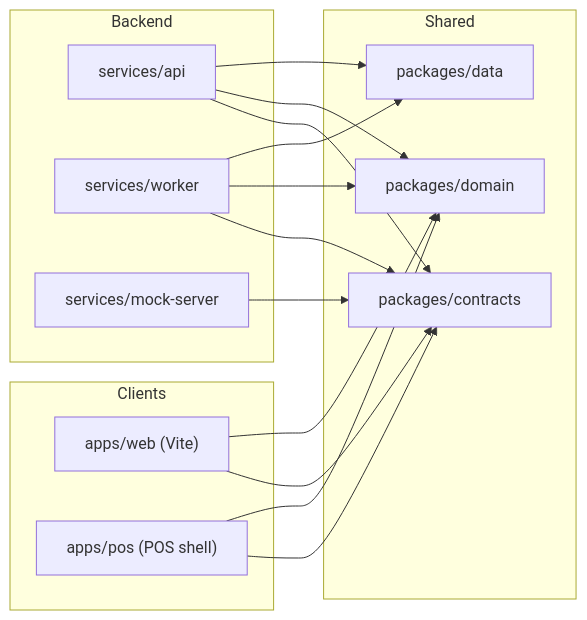
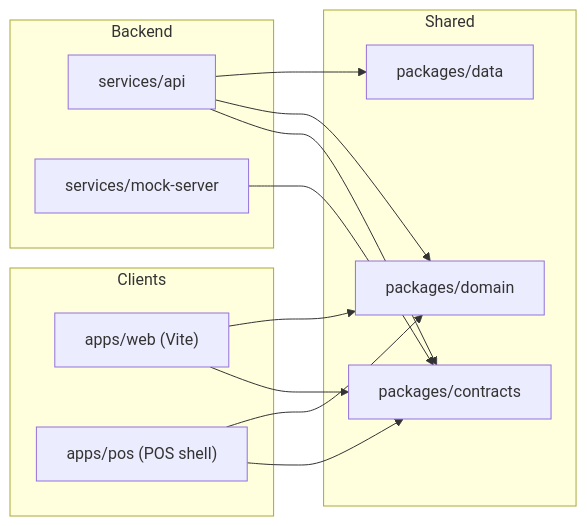
Before and after one commit to Corely-AI/corely: the diagram in README.md, drawn with Mermaid. The commit also changed other lines of this file and 190 other files, not shown here.

````diff
--- a/README.md
+++ b/README.md
@@ -84,28 +84,24 @@
 ```mermaid
 flowchart LR
   subgraph Clients
     Web["apps/web (Vite)"]
     POS["apps/pos (POS shell)"]
   end
   subgraph Shared
     Contracts["packages/contracts"]
     Domain["packages/domain"]
     Data["packages/data"]
   end
   subgraph Backend
     API["services/api"]
-    Worker["services/worker"]
     Mock["services/mock-server"]
   end
   Web --> Contracts
   Web --> Domain
   POS --> Contracts
   POS --> Domain
   API --> Contracts
   API --> Domain
   API --> Data
-  Worker --> Contracts
-  Worker --> Domain
-  Worker --> Data
   Mock --> Contracts
 ```
````
